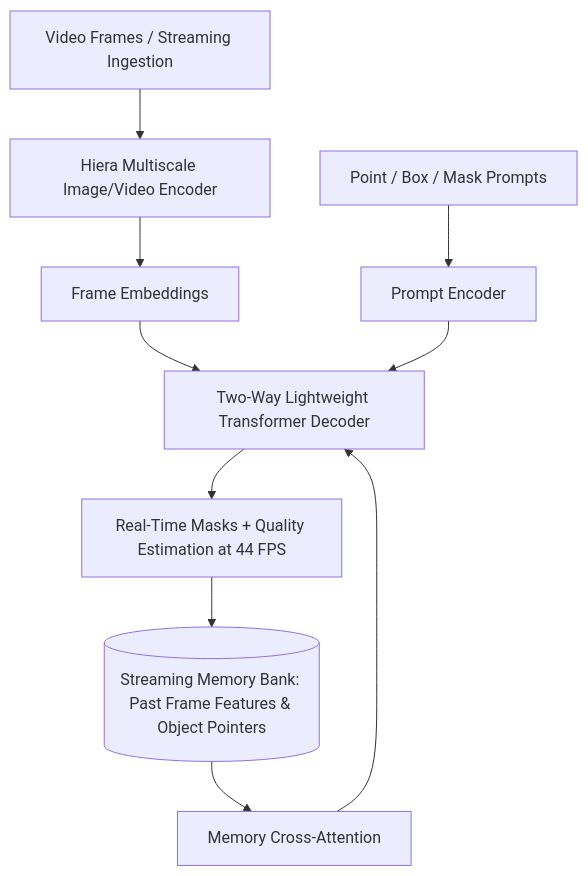
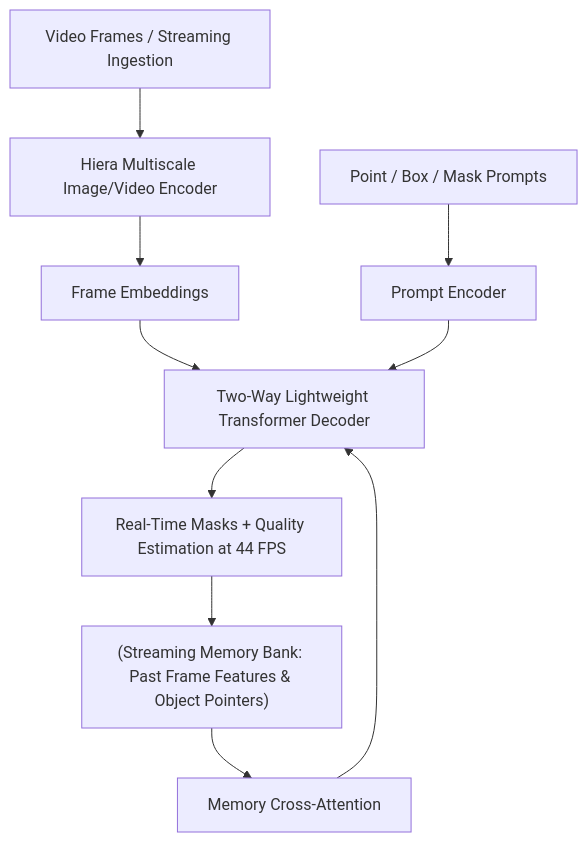
Before and after one commit to sergiomh499/cv-projects: the diagram in architectures/foundation-models/sam-2.md, drawn with Mermaid. The commit also changed 120 other files, not shown here.

Commit message:
fix(mermaid): sanitize syntax across 142 diagrams and add automated Mermaid validation

````diff
--- a/architectures/foundation-models/sam-2.md
+++ b/architectures/foundation-models/sam-2.md
@@ -37,12 +37,13 @@
 ```mermaid
 flowchart TD
-    Video[Video Frames / Streaming Ingestion] --> Hiera[Hiera Multiscale Image/Video Encoder]
-    Hiera --> Feat[Frame Embeddings]
-    Prompt[Point / Box / Mask Prompts] --> PromptEnc[Prompt Encoder]
-    MemoryBank[(Streaming Memory Bank: Past Frame Features & Object Pointers)] --> MemAttn[Memory Cross-Attention]
-    Feat --> Decoder[Two-Way Lightweight Transformer Decoder]
+    Video["Video Frames / Streaming Ingestion"] --> Hiera["Hiera Multiscale Image/Video Encoder"]
+    Hiera --> Feat["Frame Embeddings"]
+    Prompt["Point / Box / Mask Prompts"] --> PromptEnc["Prompt Encoder"]
+    MemoryBank["(Streaming Memory Bank: Past Frame Features & Object Pointers)"] --> MemAttn["Memory Cross-Attention"]
+    Feat --> Decoder["Two-Way Lightweight Transformer Decoder"]
     PromptEnc --> Decoder
     MemAttn --> Decoder
-    Decoder --> Out[Real-Time Masks + Quality Estimation at 44 FPS]
+    Decoder --> Out["Real-Time Masks + Quality Estimation at 44 FPS"]
     Out --> MemoryBank
+
 ```
````
